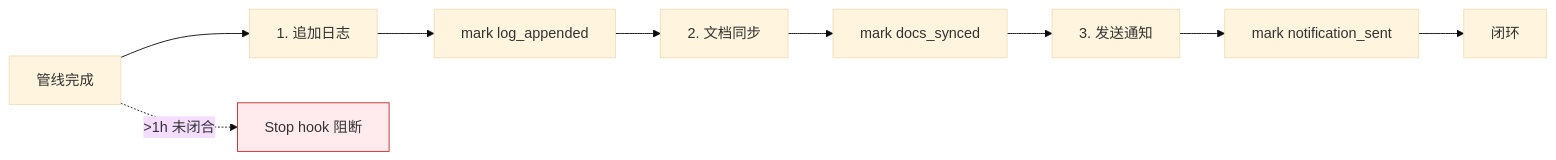
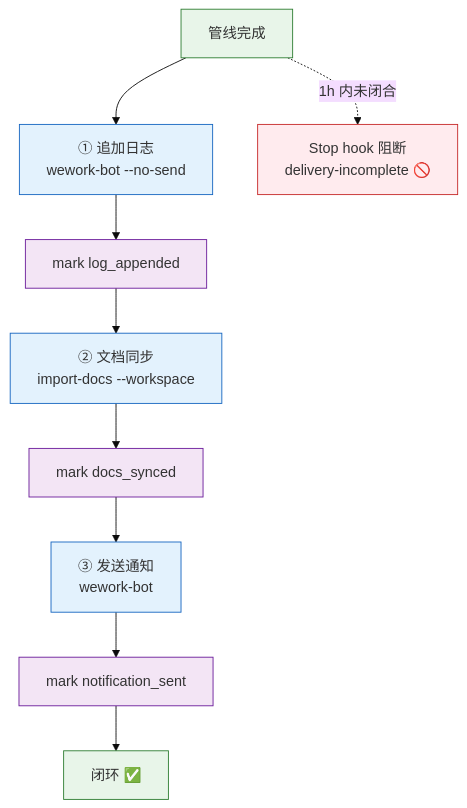
The first of 10 diagrams in rules/delivery-gate.md (effiy/YrY), drawn with Mermaid (base theme) before and after one commit. The commit also changed other lines of this file and 18 other files, not shown here.

````diff
--- a/rules/delivery-gate.md
+++ b/rules/delivery-gate.md
@@ -11,9 +13,18 @@
 ```mermaid
-flowchart LR
-    Done[管线完成] --> S1[1. 追加日志] --> M1[mark log_appended]
-    M1 --> S2[2. 文档同步] --> M2[mark docs_synced]
-    M2 --> S3[3. 发送通知] --> M3[mark notification_sent]
-    M3 --> Closed[闭环]
-    Done -.>1h 未闭合.-> Stop[Stop hook 阻断]:::bad
-    classDef bad fill:#ffebee,stroke:#c62828;
+flowchart TB
+    DONE["管线完成"]:::src --> S1["① 追加日志<br/>wework-bot --no-send"]:::step
+    S1 --> M1["mark log_appended"]:::mark
+    M1 --> S2["② 文档同步<br/>import-docs --workspace"]:::step
+    S2 --> M2["mark docs_synced"]:::mark
+    M2 --> S3["③ 发送通知<br/>wework-bot"]:::step
+    S3 --> M3["mark notification_sent"]:::mark
+    M3 --> CLOSED["闭环 ✅"]:::done
+
+    DONE -.->|"1h 内未闭合"| STOP["Stop hook 阻断<br/>delivery-incomplete 🚫"]:::block
+
+    classDef src fill:#e8f5e9,stroke:#2e7d32;
+    classDef step fill:#e3f2fd,stroke:#1565c0;
+    classDef mark fill:#f3e5f5,stroke:#6a1b9a;
+    classDef done fill:#e8f5e9,stroke:#2e7d32;
+    classDef block fill:#ffebee,stroke:#c62828;
 ```
````
